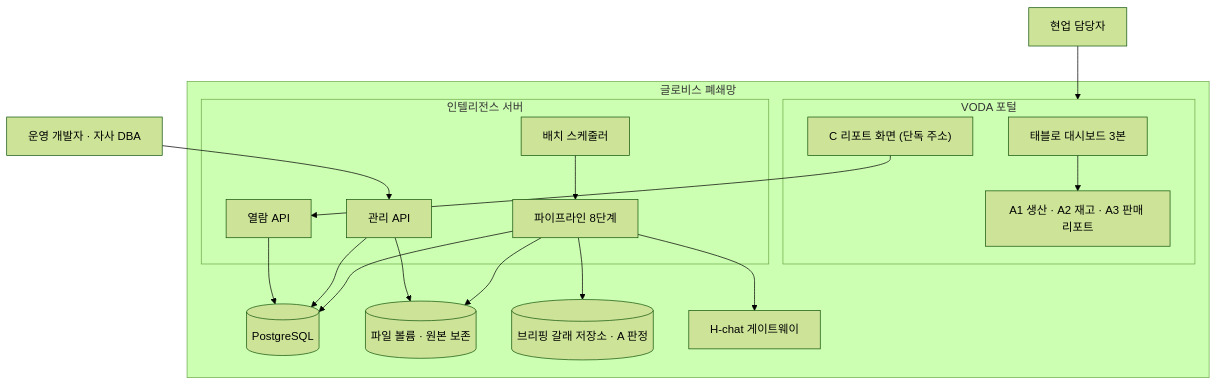
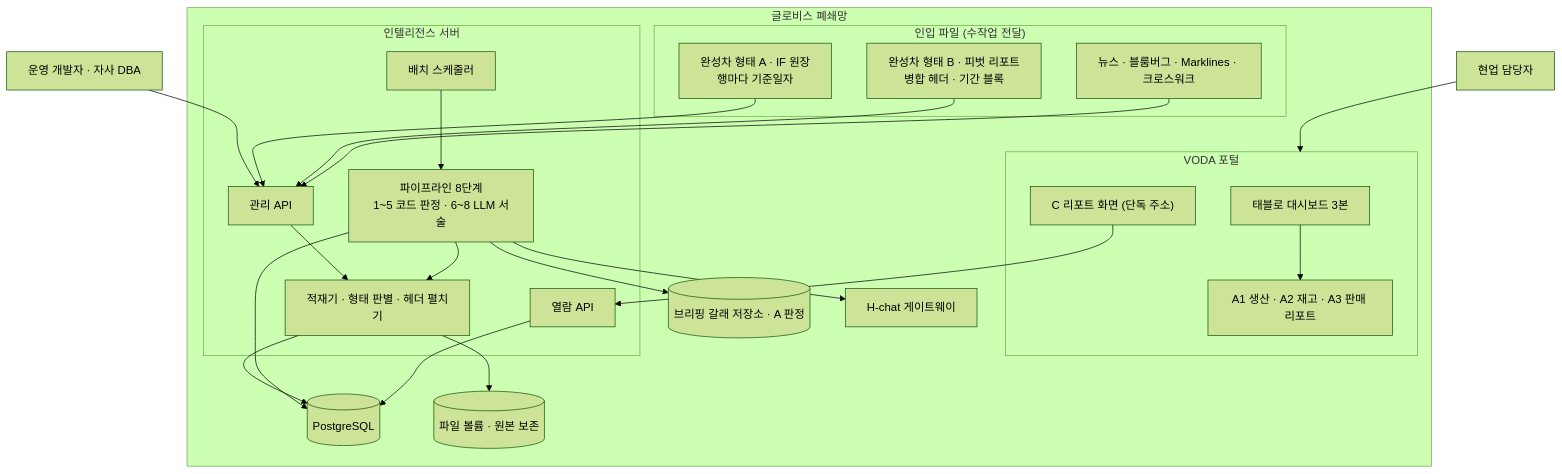
The diagram in docs/specs/05-INFRA/TBL-INFRA-001.md (HoyoungParkme/tableau_platform), drawn with Mermaid (forest theme) before and after one commit. The commit also changed other lines of this file, not shown here.

First line of the commit message:
실측 반영 개정 — 인입 형태 둘(IF 원장·피벗 리포트)로 C6 확장, 시간 축·생산 국가 부재·재고 유도·정본 이중화·판정 5단계 종료를 C15~C19로 신설

````diff
--- a/docs/specs/05-INFRA/TBL-INFRA-001.md
+++ b/docs/specs/05-INFRA/TBL-INFRA-001.md
@@ -77,32 +130,42 @@
 ```mermaid
 flowchart TB
   subgraph closed["글로비스 폐쇄망"]
+    subgraph src["인입 파일 (수작업 전달)"]
+      FA["완성차 형태 A · IF 원장<br/>행마다 기준일자"]
+      FB["완성차 형태 B · 피벗 리포트<br/>병합 헤더 · 기간 블록"]
+      ETC["뉴스 · 블룸버그 · Marklines · 크로스워크"]
+    end
     subgraph voda["VODA 포털"]
       TAB["태블로 대시보드 3본"]
       AREP["A1 생산 · A2 재고 · A3 판매 리포트"]
       CWEB["C 리포트 화면 (단독 주소)"]
     end
     subgraph app["인텔리전스 서버"]
+      ADMAPI["관리 API"]
+      LOAD["적재기 · 형태 판별 · 헤더 펼치기"]
+      SCHED["배치 스케줄러"]
+      PIPE["파이프라인 8단계<br/>1~5 코드 판정 · 6~8 LLM 서술"]
       PUBAPI["열람 API"]
-      ADMAPI["관리 API"]
-      SCHED["배치 스케줄러"]
-      PIPE["파이프라인 8단계"]
     end
     DB[("PostgreSQL")]
     VOL[("파일 볼륨 · 원본 보존")]
     BRIEF[("브리핑 갈래 저장소 · A 판정")]
     HCHAT["H-chat 게이트웨이"]
   end
   USER["현업 담당자"] --> voda
   ADMIN["운영 개발자 · 자사 DBA"] --> ADMAPI
+  FA --> ADMAPI
+  FB --> ADMAPI
+  ETC --> ADMAPI
+  ADMAPI --> LOAD
+  LOAD --> VOL
+  LOAD --> DB
+  SCHED --> PIPE
+  PIPE --> LOAD
+  PIPE --> DB
+  PIPE --> BRIEF
+  PIPE --> HCHAT
   CWEB --> PUBAPI
   PUBAPI --> DB
-  ADMAPI --> DB
-  ADMAPI --> VOL
-  SCHED --> PIPE
-  PIPE --> DB
-  PIPE --> VOL
-  PIPE --> BRIEF
-  PIPE --> HCHAT
   TAB --> AREP
 ```
````
